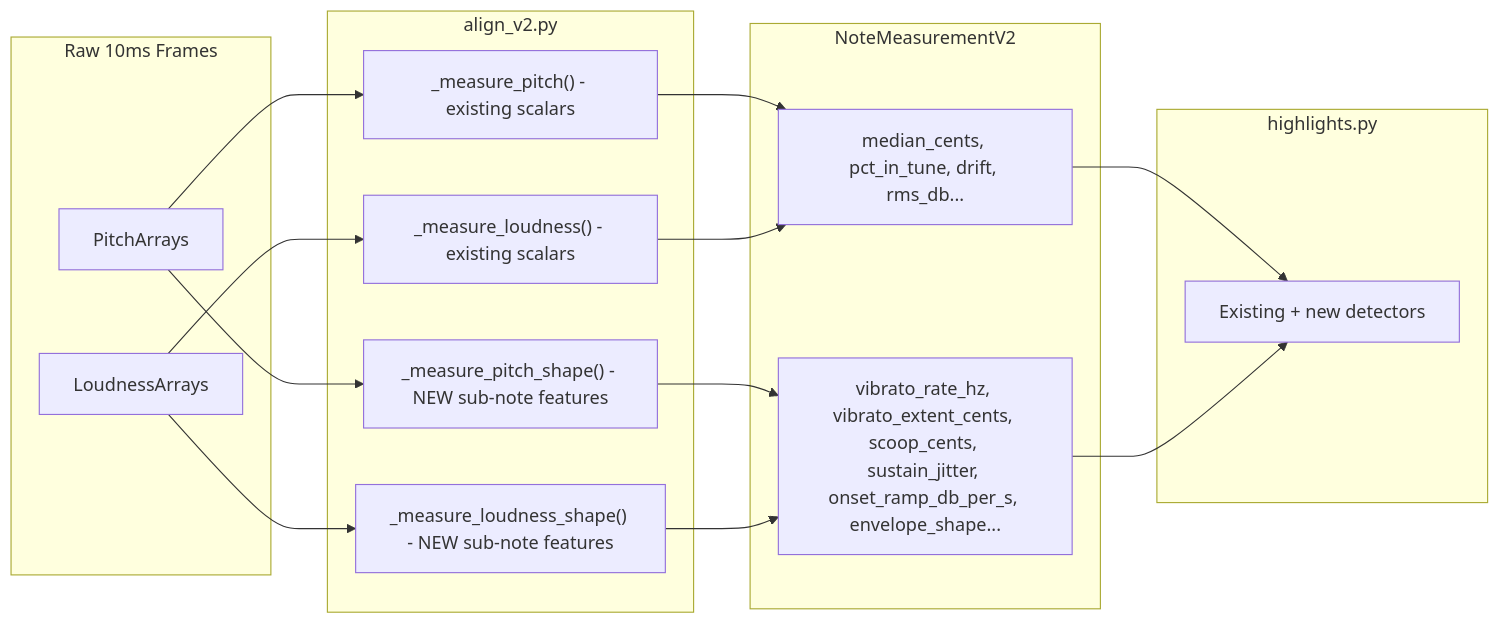
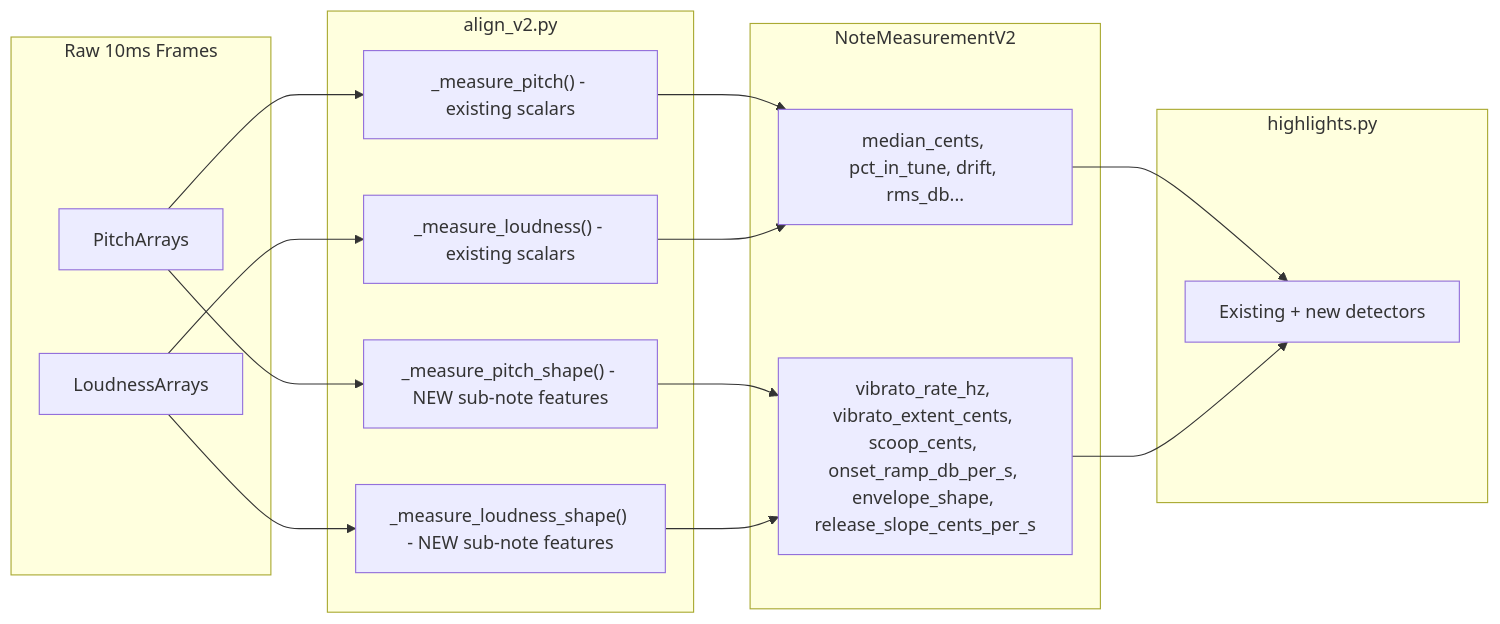
Before and after one commit to dillonmchenry/TimestampVocalCoach: the second of 2 diagrams in .cursor/plans/sprint_1.5_design_research_7e9e9797.plan.md, drawn with Mermaid. The commit also changed other lines of this file and 9 other files, not shown here.

````diff
--- a/.cursor/plans/sprint_1.5_design_research_7e9e9797.plan.md
+++ b/.cursor/plans/sprint_1.5_design_research_7e9e9797.plan.md
@@ -101,24 +103,24 @@
 ```mermaid
 flowchart LR
     subgraph raw [Raw 10ms Frames]
         PA["PitchArrays"]
         LA["LoudnessArrays"]
     end
     subgraph extraction [align_v2.py]
         MP["_measure_pitch() - existing scalars"]
         MS["_measure_pitch_shape() - NEW sub-note features"]
         ML["_measure_loudness() - existing scalars"]
         MLS["_measure_loudness_shape() - NEW sub-note features"]
     end
     subgraph note [NoteMeasurementV2]
         OLD["median_cents, pct_in_tune, drift, rms_db..."]
-        NEW["vibrato_rate_hz, vibrato_extent_cents, scoop_cents, sustain_jitter, onset_ramp_db_per_s, envelope_shape..."]
+        NEW["vibrato_rate_hz, vibrato_extent_cents, scoop_cents, onset_ramp_db_per_s, envelope_shape, release_slope_cents_per_s"]
     end
     subgraph detect [highlights.py]
         D["Existing + new detectors"]
     end
     PA --> MP --> OLD --> D
     PA --> MS --> NEW --> D
     LA --> ML --> OLD
     LA --> MLS --> NEW
 ```
````
